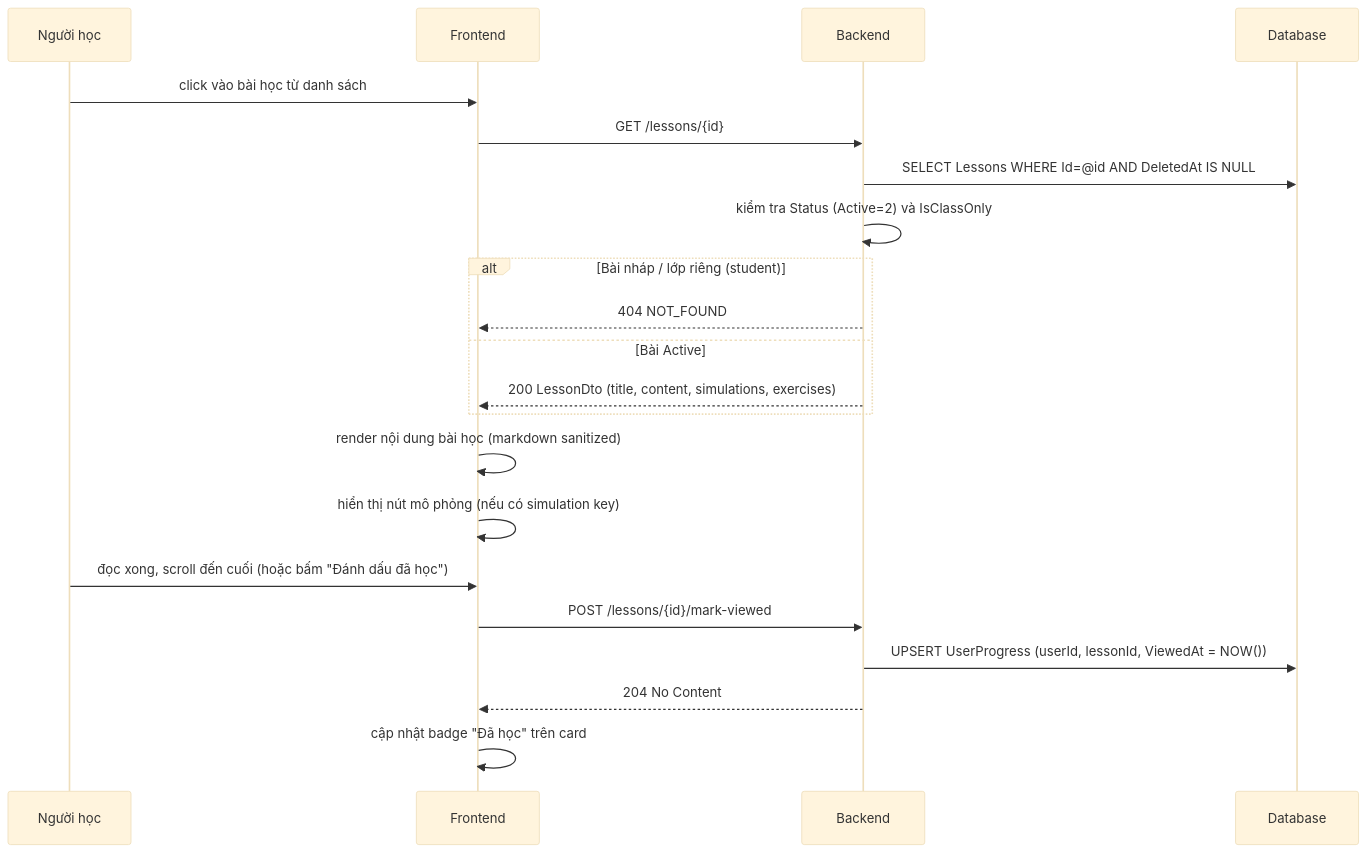
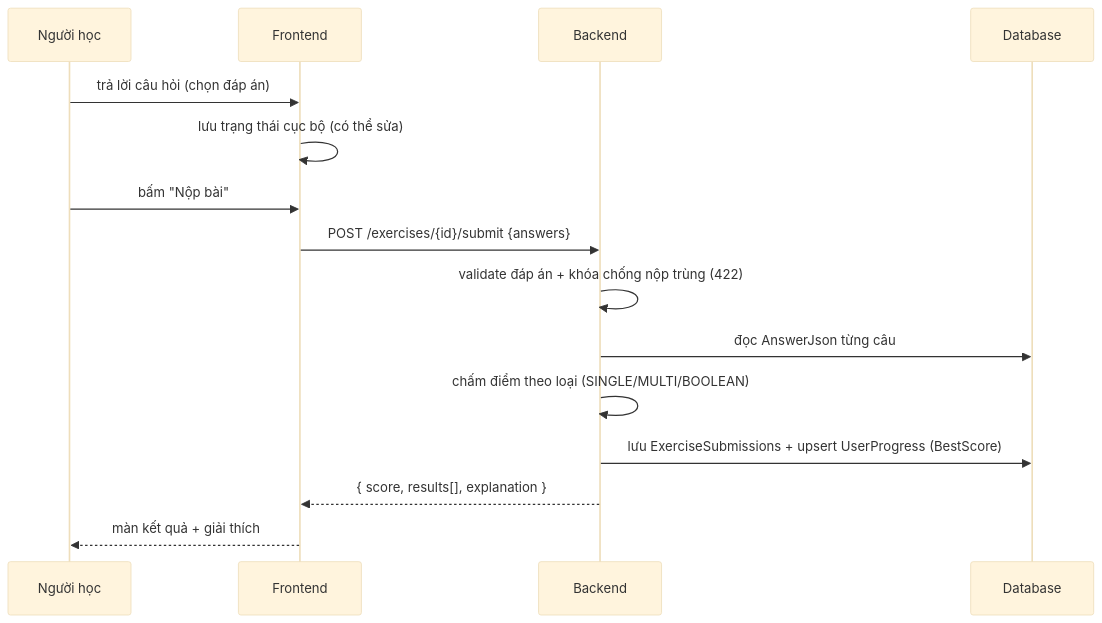
Diagram 14 of 18 in tailieu/BAO_CAO.md (Tqson3118/Visualization), drawn with Mermaid (base theme) before and after one commit. The commit also changed other lines of this file and 398 other files, not shown here.

````diff
--- a/tailieu/BAO_CAO.md
+++ b/tailieu/BAO_CAO.md
@@ -821,24 +1661,17 @@
 ```mermaid
 sequenceDiagram
-    participant U as Người học
+    participant H as Người học
     participant SPA as Frontend
     participant API as Backend
     participant DB as Database
-
-    U->>SPA: click vào bài học từ danh sách
-    SPA->>API: GET /lessons/{id}
-    API->>DB: SELECT Lessons WHERE Id=@id AND DeletedAt IS NULL
-    API->>API: kiểm tra Status (Active=2) và IsClassOnly
-    alt Bài nháp / lớp riêng (student)
-        API-->>SPA: 404 NOT_FOUND
-    else Bài Active
-        API-->>SPA: 200 LessonDto (title, content, simulations, exercises)
-    end
-    SPA->>SPA: render nội dung bài học (markdown sanitized)
-    SPA->>SPA: hiển thị nút mô phỏng (nếu có simulation key)
-    U->>SPA: đọc xong, scroll đến cuối (hoặc bấm "Đánh dấu đã học")
-    SPA->>API: POST /lessons/{id}/mark-viewed
-    API->>DB: UPSERT UserProgress (userId, lessonId, ViewedAt = NOW())
-    API-->>SPA: 204 No Content
-    SPA->>SPA: cập nhật badge "Đã học" trên card
+    H->>SPA: trả lời câu hỏi (chọn đáp án)
+    SPA->>SPA: lưu trạng thái cục bộ (có thể sửa)
+    H->>SPA: bấm "Nộp bài"
+    SPA->>API: POST /exercises/{id}/submit {answers}
+    API->>API: validate đáp án + khóa chống nộp trùng (422)
+    API->>DB: đọc AnswerJson từng câu
+    API->>API: chấm điểm theo loại (SINGLE/MULTI/BOOLEAN)
+    API->>DB: lưu ExerciseSubmissions + upsert UserProgress (BestScore)
+    API-->>SPA: { score, results[], explanation }
+    SPA-->>H: màn kết quả + giải thích
 ```
````
